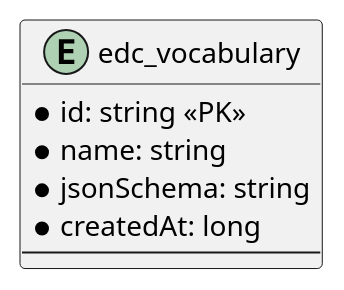
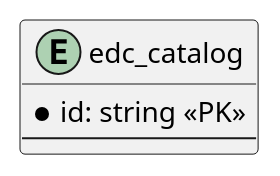
Before and after one commit to oeg-upm/inesdata-connector: the diagram in extensions/federated-catalog-cache-sql/docs/er.puml, drawn with PlantUML. The commit also changed 1 other file, not shown here.

```diff
--- a/extensions/federated-catalog-cache-sql/docs/er.puml
+++ b/extensions/federated-catalog-cache-sql/docs/er.puml
@@ -1,9 +1,6 @@
 @startuml
-entity edc_vocabulary {
+entity edc_catalog {
   * id: string <<PK>>
-  * name: string
-  * jsonSchema: string
-  * createdAt: long
   --
 }
 @enduml
```
